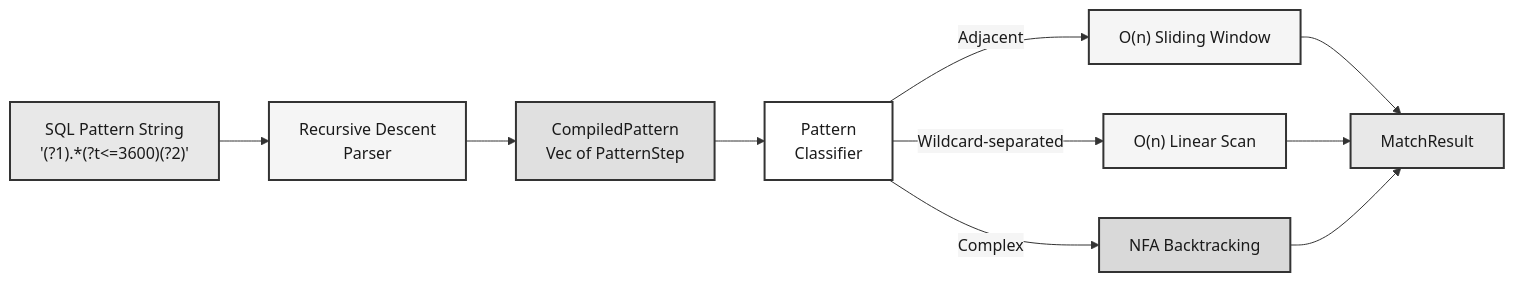
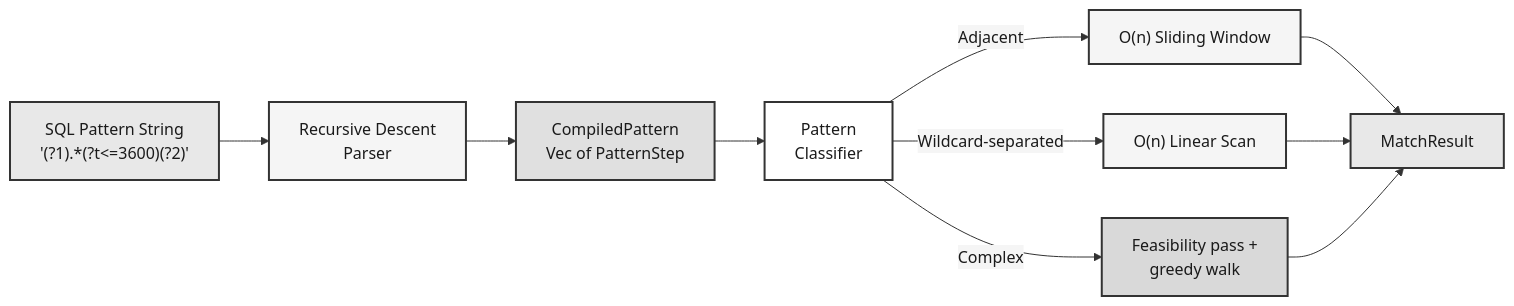
The first of 2 diagrams in docs/src/internals/architecture.md (tomtom215/duckdb-behavioral), drawn with Mermaid before and after one commit. The commit also changed other lines of this file and 28 other files, not shown here.

````diff
--- a/docs/src/internals/architecture.md
+++ b/docs/src/internals/architecture.md
@@ -173,27 +174,27 @@
 ```mermaid
 %%{init: {'theme': 'base', 'themeVariables': {'primaryColor': '#ffffff', 'primaryTextColor': '#1a1a1a', 'primaryBorderColor': '#333333', 'lineColor': '#333333', 'secondaryColor': '#f5f5f5', 'tertiaryColor': '#e0e0e0', 'textColor': '#1a1a1a'}}}%%
 flowchart LR
     SQL["SQL Pattern String<br/>'(?1).*(?t<=3600)(?2)'"]
     PARSE["Recursive Descent<br/>Parser"]
     CP["CompiledPattern<br/>Vec of PatternStep"]
     CLASS["Pattern<br/>Classifier"]
 
     SQL --> PARSE --> CP --> CLASS
 
     CLASS -->|Adjacent| ADJ["O(n) Sliding Window"]
     CLASS -->|Wildcard-separated| WC["O(n) Linear Scan"]
-    CLASS -->|Complex| NFA["NFA Backtracking"]
+    CLASS -->|Complex| NFA["Feasibility pass +<br/>greedy walk"]
 
     ADJ --> RES["MatchResult"]
     WC --> RES
     NFA --> RES
 
     style SQL fill:#e8e8e8,stroke:#333333,stroke-width:2px,color:#1a1a1a
     style PARSE fill:#f5f5f5,stroke:#333333,stroke-width:2px,color:#1a1a1a
     style CP fill:#e0e0e0,stroke:#333333,stroke-width:2px,color:#1a1a1a
     style CLASS fill:#ffffff,stroke:#333333,stroke-width:2px,color:#1a1a1a
     style ADJ fill:#f5f5f5,stroke:#333333,stroke-width:2px,color:#1a1a1a
     style WC fill:#f5f5f5,stroke:#333333,stroke-width:2px,color:#1a1a1a
     style NFA fill:#d9d9d9,stroke:#333333,stroke-width:2px,color:#1a1a1a
     style RES fill:#e8e8e8,stroke:#333333,stroke-width:2px,color:#1a1a1a
 ```
````
